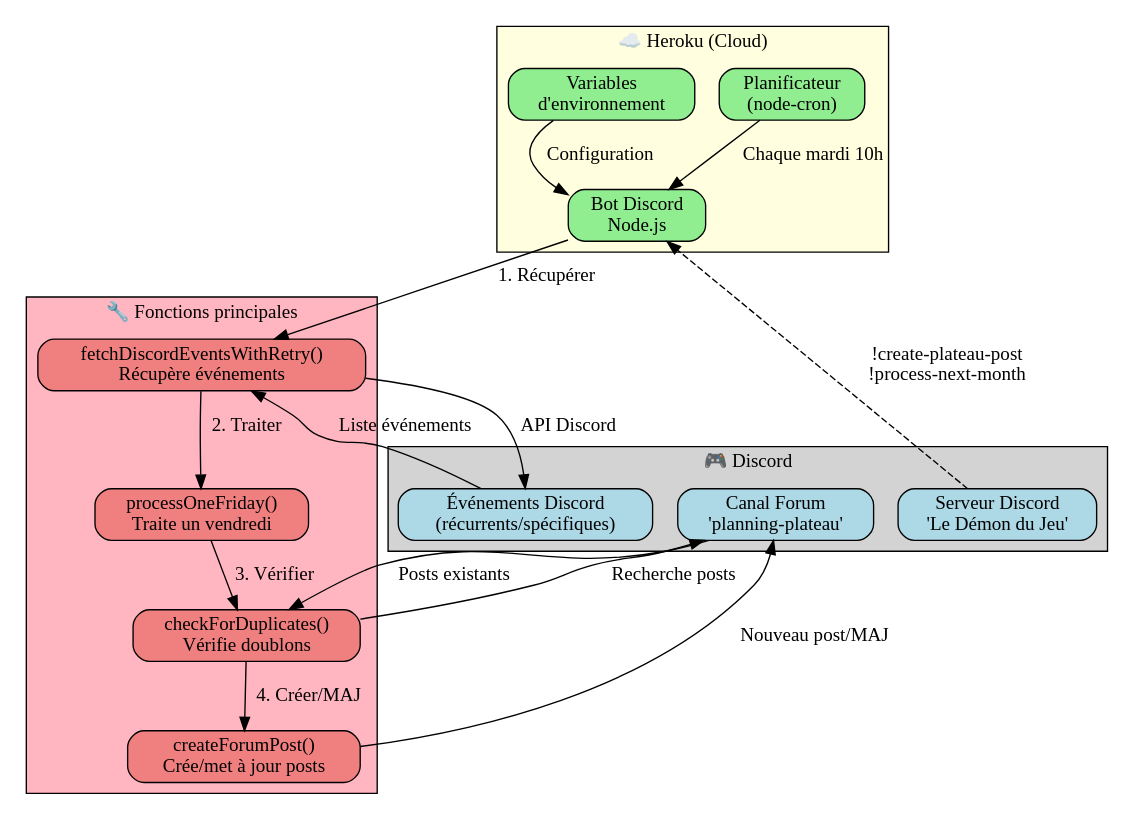
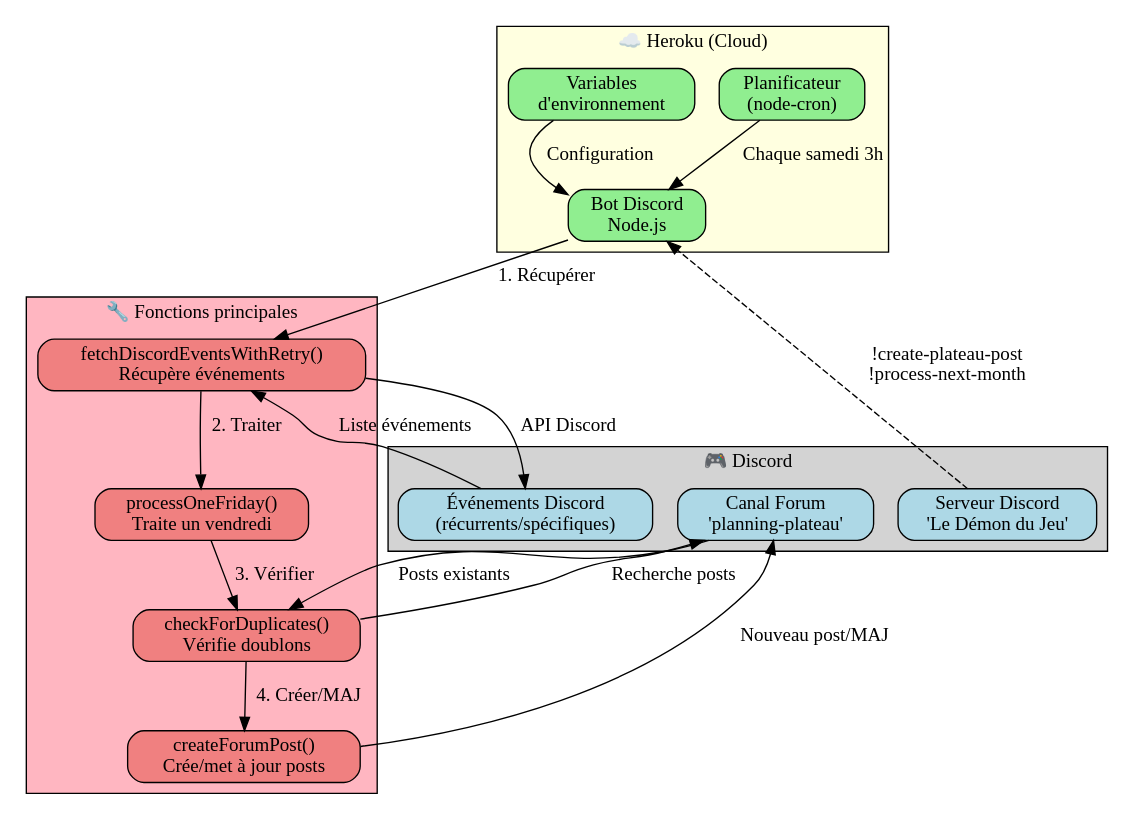
The diagram in docs/architecture.dot (Kiwi41/discord-plateau-bot), drawn with Graphviz before and after one commit. The commit also changed 4 other files, not shown here.

```diff
--- a/docs/architecture.dot
+++ b/docs/architecture.dot
@@ -1,58 +1,58 @@
 digraph architecture {
     rankdir=TB;
     node [shape=box, style=rounded];
     
     // Définir les styles
     node [fillcolor=lightblue, style="rounded,filled"];
     subgraph cluster_discord {
         label="🎮 Discord";
         style=filled;
         fillcolor=lightgray;
         
         server [label="Serveur Discord\n'Le Démon du Jeu'"];
         forum [label="Canal Forum\n'planning-plateau'"];
         events [label="Événements Discord\n(récurrents/spécifiques)"];
     }
     
     node [fillcolor=lightgreen];
     subgraph cluster_heroku {
         label="☁️ Heroku (Cloud)";
         style=filled;
         fillcolor=lightyellow;
         
         bot [label="Bot Discord\nNode.js"];
         cron [label="Planificateur\n(node-cron)"];
         vars [label="Variables\nd'environnement"];
     }
     
     node [fillcolor=lightcoral];
     subgraph cluster_functions {
         label="🔧 Fonctions principales";
         style=filled;
         fillcolor=lightpink;
         
         fetch_events [label="fetchDiscordEventsWithRetry()\nRécupère événements"];
         process_friday [label="processOneFriday()\nTraite un vendredi"];
         create_post [label="createForumPost()\nCrée/met à jour posts"];
         check_duplicates [label="checkForDuplicates()\nVérifie doublons"];
     }
     
     // Connexions
-    cron -> bot [label="Chaque mardi 10h"];
+    cron -> bot [label="Chaque samedi 3h"];
     bot -> fetch_events [label="1. Récupérer"];
     fetch_events -> events [label="API Discord"];
     events -> fetch_events [label="Liste événements"];
     
     fetch_events -> process_friday [label="2. Traiter"];
     process_friday -> check_duplicates [label="3. Vérifier"];
     check_duplicates -> forum [label="Recherche posts"];
     forum -> check_duplicates [label="Posts existants"];
     
     check_duplicates -> create_post [label="4. Créer/MAJ"];
     create_post -> forum [label="Nouveau post/MAJ"];
     
     vars -> bot [label="Configuration"];
     
     // Commandes manuelles
     server -> bot [label="!create-plateau-post\n!process-next-month", style=dashed];
 }
```
